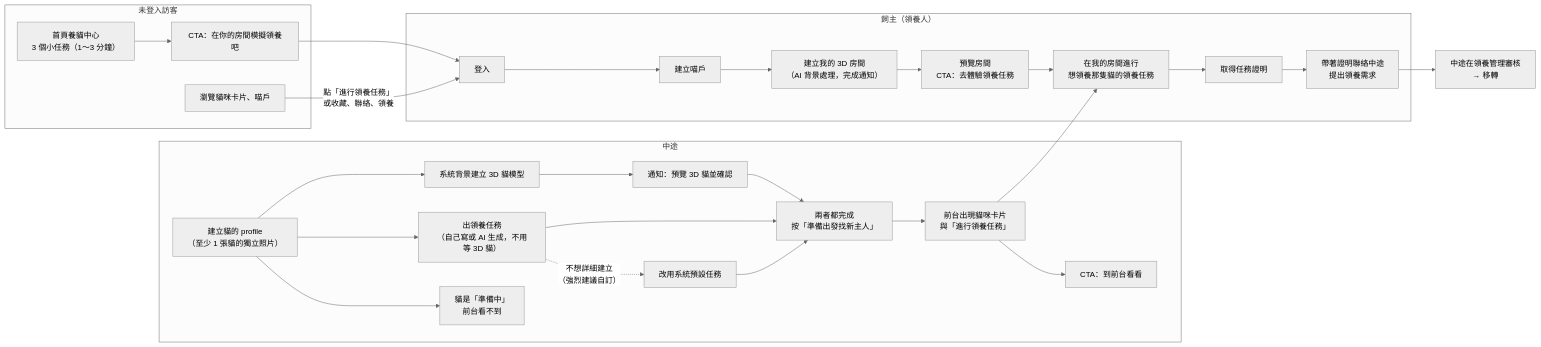
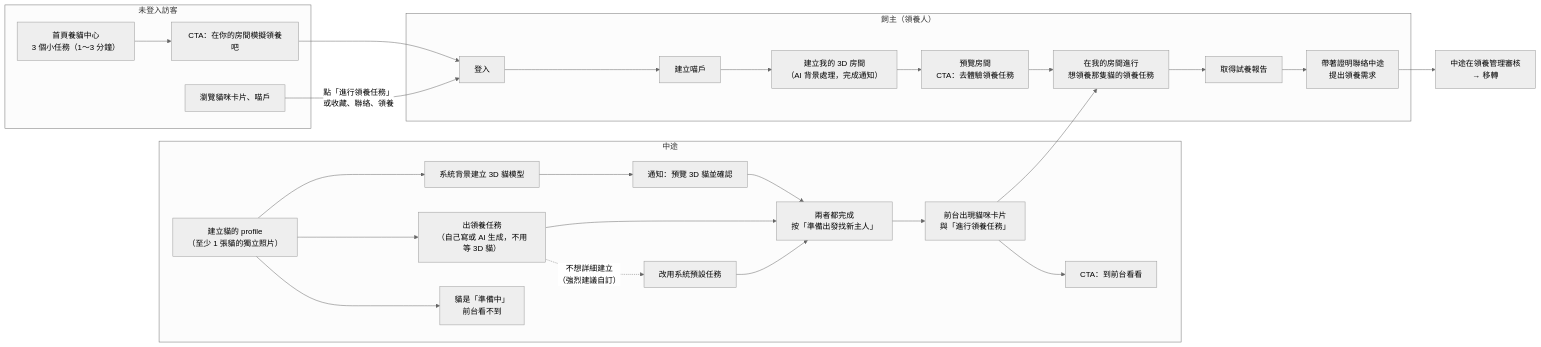
Before and after one commit to GAE265-Meowho/Meowho: the first of 9 diagrams in docs/spec/09_領養任務目標流程規格.md, drawn with Mermaid (neutral theme). The commit also changed other lines of this file and 2 other files, not shown here.

````diff
--- a/docs/spec/09_領養任務目標流程規格.md
+++ b/docs/spec/09_領養任務目標流程規格.md
@@ -49,34 +49,34 @@
 ```mermaid
 flowchart LR
   subgraph S["中途"]
     S1["建立貓的 profile<br/>（至少 1 張貓的獨立照片）"] --> S2["系統背景建立 3D 貓模型"]
     S1 --> S3["出領養任務<br/>（自己寫或 AI 生成，不用等 3D 貓）"]
     S2 --> S2a["通知：預覽 3D 貓並確認"]
     S1 --> S0["貓是「準備中」<br/>前台看不到"]
     S3 -.->|"不想詳細建立<br/>（強烈建議自訂）"| S3b["改用系統預設任務"]
     S2a --> S4
     S3 --> S4["兩者都完成<br/>按「準備出發找新主人」"]
     S3b --> S4
     S4 --> S4b["前台出現貓咪卡片<br/>與「進行領養任務」"]
     S4b --> S4a["CTA：到前台看看"]
   end
 
   subgraph V["未登入訪客"]
     V1["首頁養貓中心<br/>3 個小任務（1～3 分鐘）"] --> V2["CTA：在你的房間模擬領養吧"]
     V3["瀏覽貓咪卡片、喵戶"]
   end
 
   subgraph O["飼主（領養人）"]
     O1["登入"] --> O2["建立喵戶"]
     O2 --> O3["建立我的 3D 房間<br/>（AI 背景處理，完成通知）"]
     O3 --> O3a["預覽房間<br/>CTA：去體驗領養任務"]
     O3a --> O4["在我的房間進行<br/>想領養那隻貓的領養任務"]
-    O4 --> O5["取得任務證明"]
+    O4 --> O5["取得試養報告"]
     O5 --> O6["帶著證明聯絡中途<br/>提出領養需求"]
   end
 
   V2 --> O1
   V3 -->|"點「進行領養任務」<br/>或收藏、聯絡、領養"| O1
   S4b --> O4
   O6 --> S5["中途在領養管理審核<br/>→ 移轉"]
 ```
````
